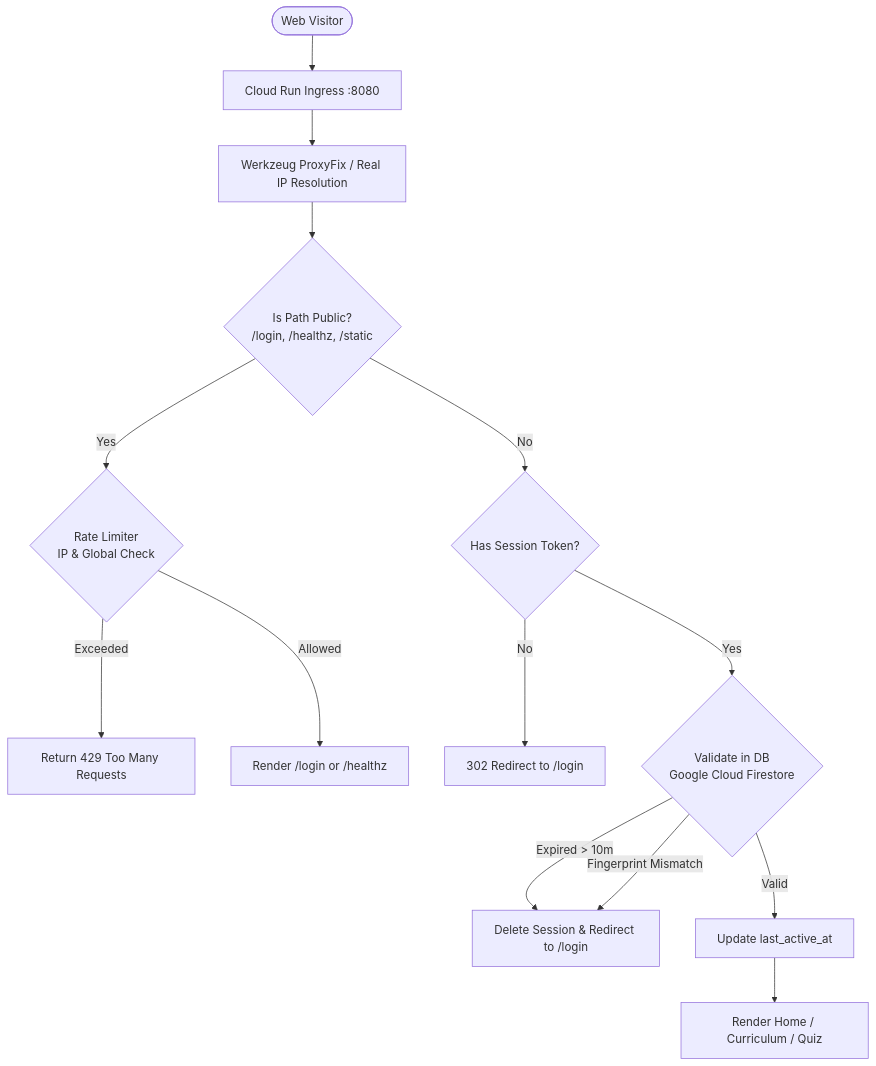
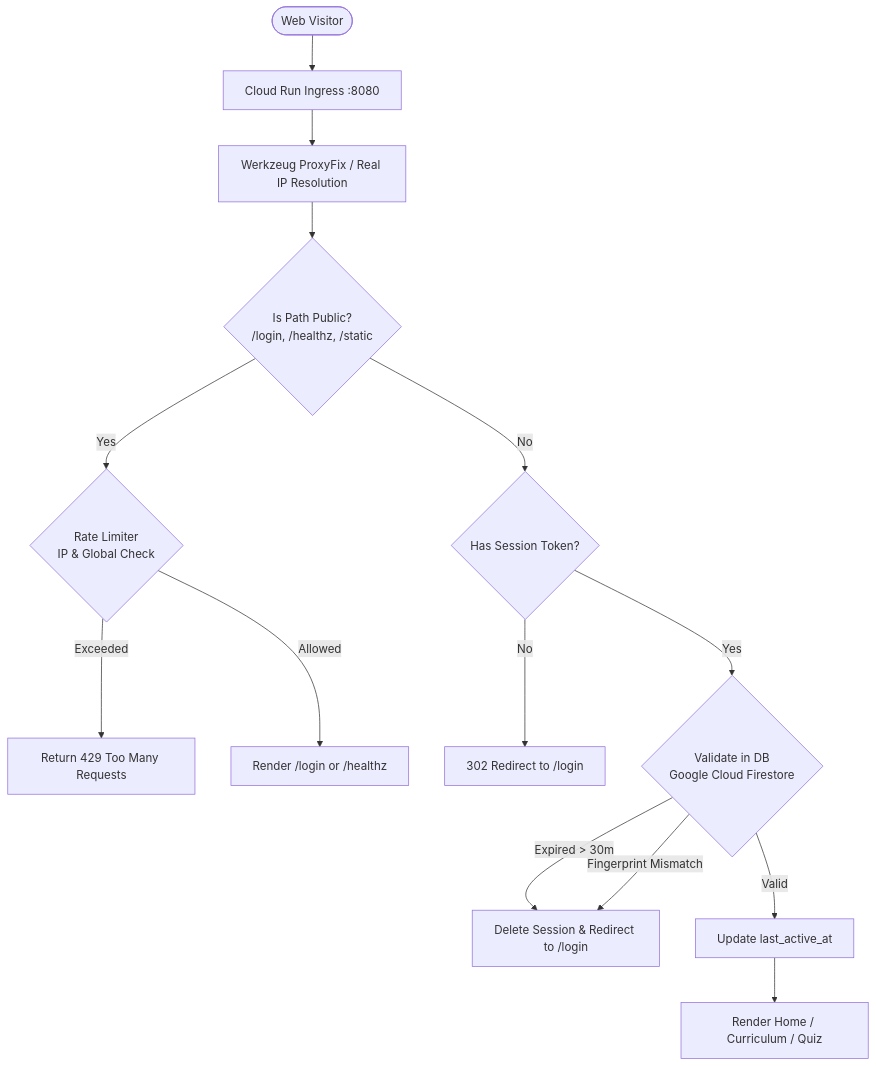
The diagram in README.md (aourabindorout/py-rm), drawn with Mermaid before and after one commit. The commit also changed other lines of this file and 4 other files, not shown here.

````diff
--- a/README.md
+++ b/README.md
@@ -38,20 +38,20 @@
 ```mermaid
 flowchart TD
     Visitor([Web Visitor]) --> Ingress[Cloud Run Ingress :8080]
     Ingress --> ProxyFix[Werkzeug ProxyFix / Real IP Resolution]
     
     ProxyFix --> AuthFilter{Is Path Public?\n/login, /healthz, /static}
     
     AuthFilter -- Yes --> RateLimiter{Rate Limiter\nIP & Global Check}
     RateLimiter -- Exceeded --> 429[Return 429 Too Many Requests]
     RateLimiter -- Allowed --> RenderLogin[Render /login or /healthz]
     
     AuthFilter -- No --> SessionCheck{Has Session Token?}
     SessionCheck -- No --> RedirectLogin[302 Redirect to /login]
     
     SessionCheck -- Yes --> ValidateSession{Validate in DB\nGoogle Cloud Firestore}
-    ValidateSession -- Expired > 10m --> DropSession[Delete Session & Redirect to /login]
+    ValidateSession -- Expired > 30m --> DropSession[Delete Session & Redirect to /login]
     ValidateSession -- Fingerprint Mismatch --> DropSession
     ValidateSession -- Valid --> RefreshTime[Update last_active_at]
     RefreshTime --> RenderProtected[Render Home / Curriculum / Quiz]
 ```
````
